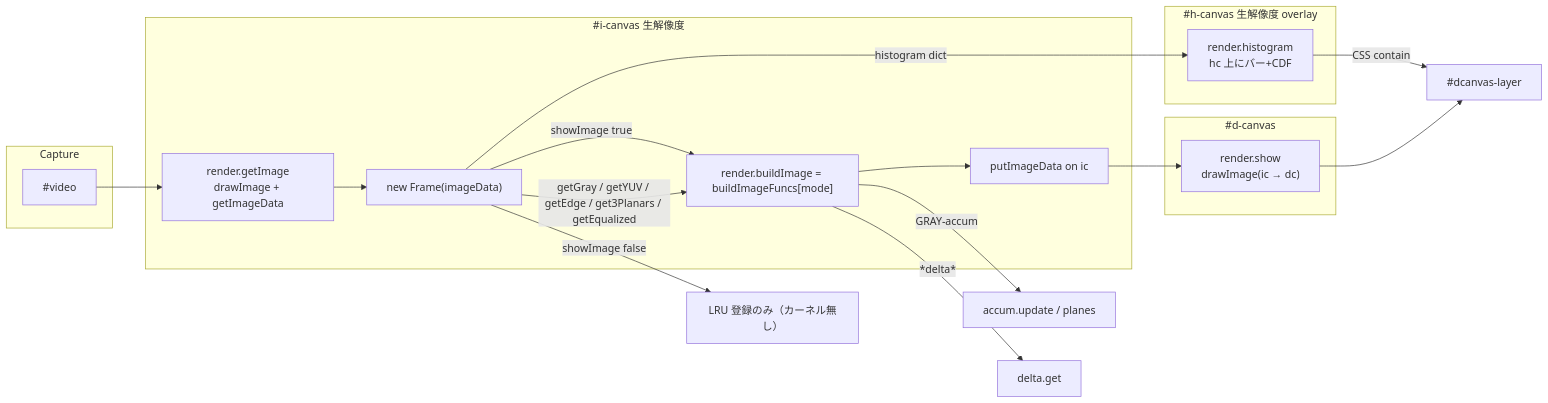
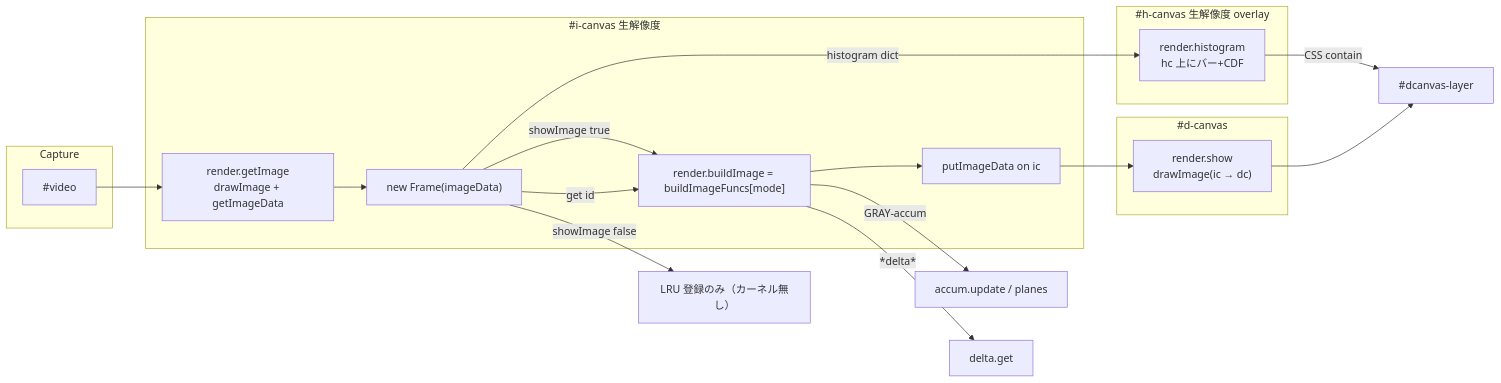
One commit to mfujimoto-code/JSCam changed the second of 4 diagrams in jscam/cam2-design.md. Above: the diagram before and after it, drawn with Mermaid. The commit also changed other lines of this file and 5 other files, not shown here.

````diff
--- a/jscam/cam2-design.md
+++ b/jscam/cam2-design.md
@@ -236,32 +236,32 @@
 ```mermaid
 flowchart LR
   subgraph Capture
     V["#video"]
   end
 
   subgraph Internal["#i-canvas 生解像度"]
     GI["render.getImage<br/>drawImage + getImageData"]
     FR["new Frame(imageData)"]
     BI["render.buildImage = buildImageFuncs[mode]"]
     PI["putImageData on ic"]
   end
 
   subgraph Overlay["#h-canvas 生解像度 overlay"]
     HG["render.histogram<br/>hc 上にバー+CDF"]
   end
 
   subgraph Display["#d-canvas"]
     SH["render.show<br/>drawImage(ic → dc)"]
   end
 
   V --> GI --> FR
   FR -->|showImage true| BI
   BI --> PI --> SH
-  FR -->|getGray / getYUV / getEdge / get3Planars / getEqualized| BI
+  FR -->|get id| BI
   FR -->|histogram dict| HG
   BI -->|GRAY-accum| AccumObj["accum.update / planes"]
   BI -->|*delta*| DeltaObj["delta.get"]
   FR -->|showImage false| LRU["LRU 登録のみ（カーネル無し）"]
   HG -->|CSS contain| Layer["#dcanvas-layer"]
   SH --> Layer
 ```
````
